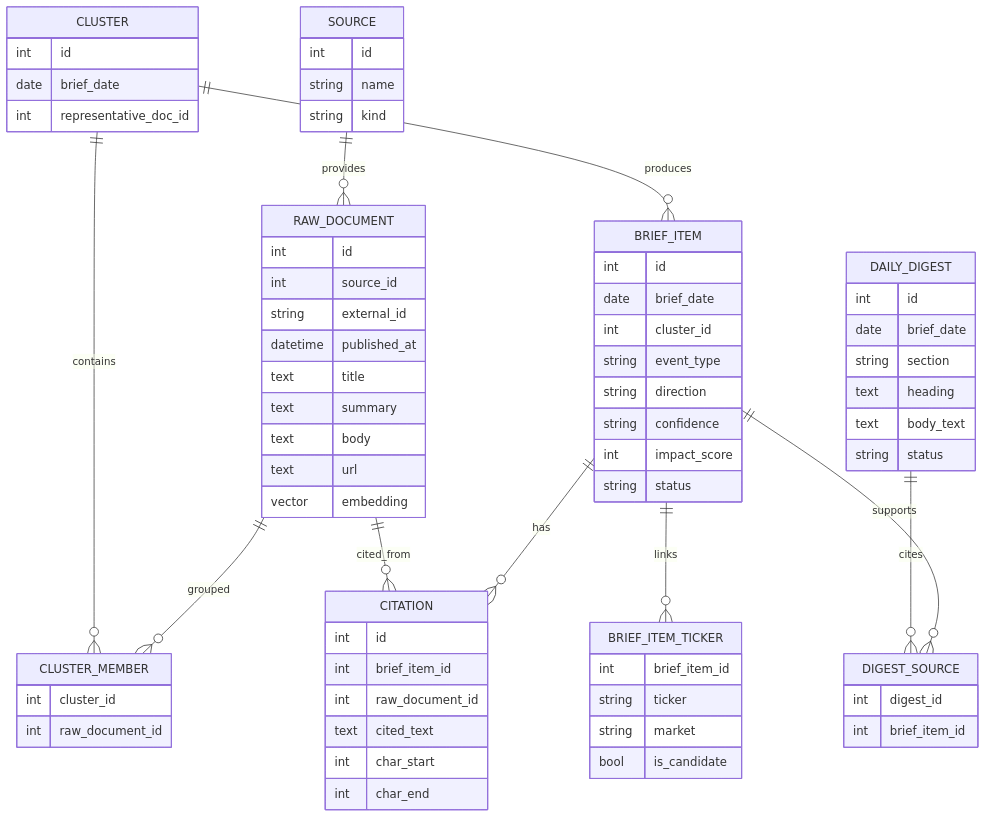
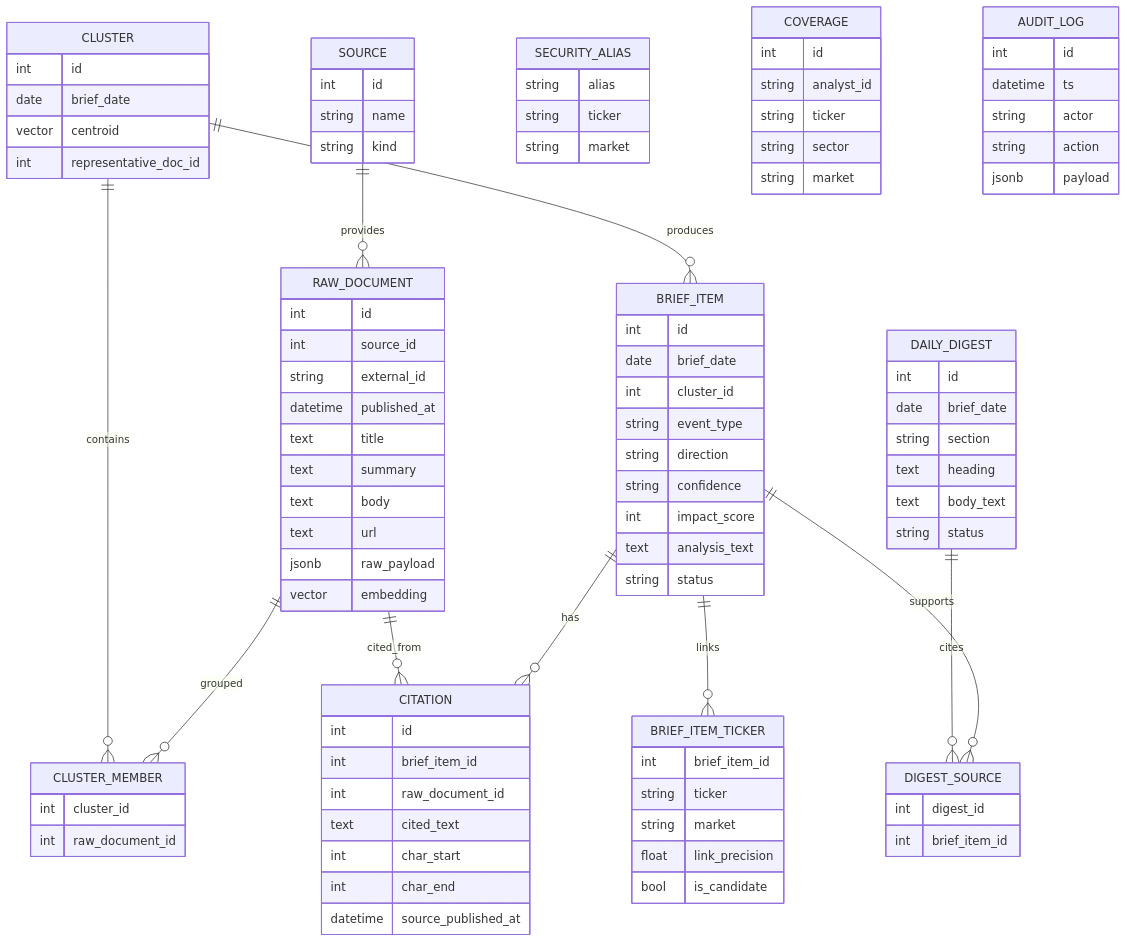
Before and after one commit to SJayKim/finance_agent: the diagram in docs/learnings/07-data-model.md, drawn with Mermaid. The commit also changed other lines of this file and 10 other files, not shown here.

````diff
--- a/docs/learnings/07-data-model.md
+++ b/docs/learnings/07-data-model.md
@@ -36,11 +38,13 @@
         text summary
         text body
         text url
+        jsonb raw_payload
         vector embedding
     }
     CLUSTER {
         int id
         date brief_date
+        vector centroid
         int representative_doc_id
     }
     CLUSTER_MEMBER {
@@ -55,12 +59,14 @@
         string direction
         string confidence
         int impact_score
+        text analysis_text
         string status
     }
     BRIEF_ITEM_TICKER {
         int brief_item_id
         string ticker
         string market
+        float link_precision
         bool is_candidate
     }
     CITATION {
@@ -70,6 +76,7 @@
         text cited_text
         int char_start
         int char_end
+        datetime source_published_at
     }
     DAILY_DIGEST {
         int id
@@ -83,4 +90,23 @@
         int digest_id
         int brief_item_id
     }
+    SECURITY_ALIAS {
+        string alias
+        string ticker
+        string market
+    }
+    COVERAGE {
+        int id
+        string analyst_id
+        string ticker
+        string sector
+        string market
+    }
+    AUDIT_LOG {
+        int id
+        datetime ts
+        string actor
+        string action
+        jsonb payload
+    }
 ```
````
